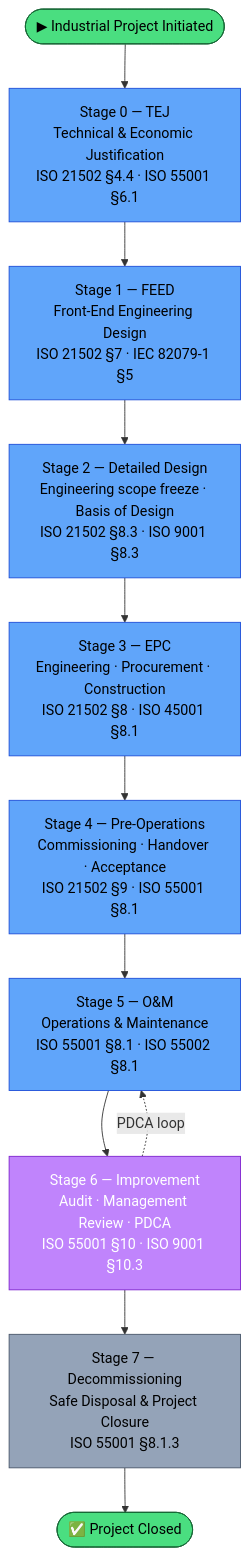
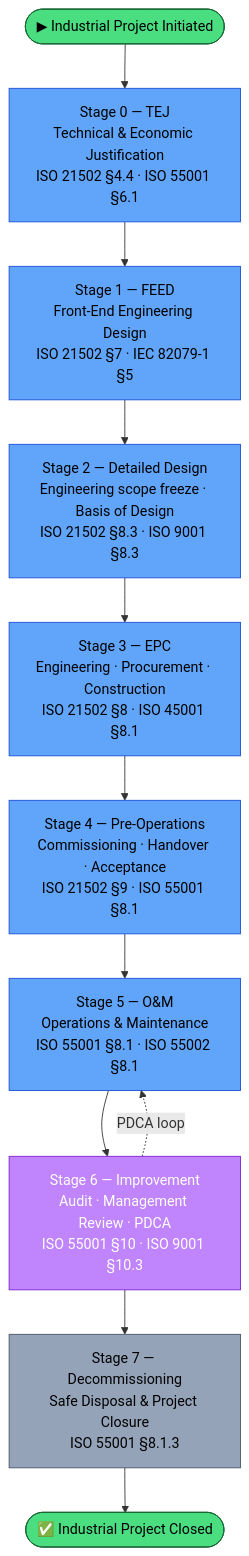
Before and after one commit to AxiOMSphereAssistanceAIMS/AxiOMSphere: the first of 11 diagrams in README.md, drawn with Mermaid.

````diff
--- a/README.md
+++ b/README.md
@@ -36,35 +36,35 @@
 ```mermaid
 flowchart TD
     START([▶ Industrial Project Initiated])
 
     START --> TEJ["Stage 0 — TEJ\nTechnical & Economic Justification\nISO 21502 §4.4 · ISO 55001 §6.1"]
 
     TEJ --> FEED["Stage 1 — FEED\nFront-End Engineering Design\nISO 21502 §7 · IEC 82079-1 §5"]
 
     FEED --> DD["Stage 2 — Detailed Design\nEngineering scope freeze · Basis of Design\nISO 21502 §8.3 · ISO 9001 §8.3"]
 
     DD --> EPC["Stage 3 — EPC\nEngineering · Procurement · Construction\nISO 21502 §8 · ISO 45001 §8.1"]
 
     EPC --> PO["Stage 4 — Pre-Operations\nCommissioning · Handover · Acceptance\nISO 21502 §9 · ISO 55001 §8.1"]
 
     PO --> OM["Stage 5 — O&M\nOperations & Maintenance\nISO 55001 §8.1 · ISO 55002 §8.1"]
 
     OM --> IMP["Stage 6 — Improvement\nAudit · Management Review · PDCA\nISO 55001 §10 · ISO 9001 §10.3"]
 
     IMP --> DEC["Stage 7 — Decommissioning\nSafe Disposal & Project Closure\nISO 55001 §8.1.3"]
 
-    DEC --> DONE([✅ Project Closed])
+    DEC --> DONE([✅ Industrial Project Closed])
 
     IMP -.->|PDCA loop| OM
 
     style START fill:#4ade80,stroke:#166534,color:#000
     style DONE  fill:#4ade80,stroke:#166534,color:#000
     style TEJ   fill:#60a5fa,stroke:#1d4ed8,color:#000
     style FEED  fill:#60a5fa,stroke:#1d4ed8,color:#000
     style DD    fill:#60a5fa,stroke:#1d4ed8,color:#000
     style EPC   fill:#60a5fa,stroke:#1d4ed8,color:#000
     style PO    fill:#60a5fa,stroke:#1d4ed8,color:#000
     style OM    fill:#60a5fa,stroke:#1d4ed8,color:#000
     style IMP   fill:#c084fc,stroke:#7e22ce,color:#fff
     style DEC   fill:#94a3b8,stroke:#475569,color:#000
 ```
````
